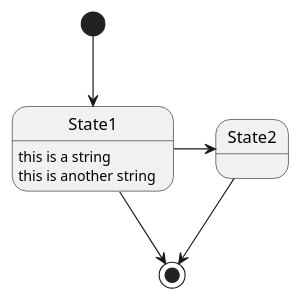
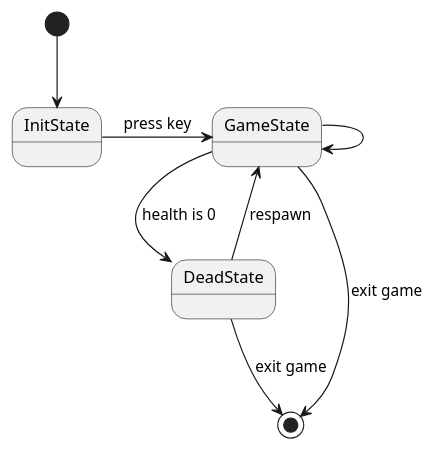
Before and after one commit to asrob-uc3m/robotDevastation-developer-manual: the diagram in en/game-fsm.md, drawn with PlantUML.

Commit message:
Updates en/game-fsm.md
Auto commit by GitBook Editor

```diff
--- a/en/game-fsm.md
+++ b/en/game-fsm.md
@@ -5,11 +5,11 @@
 {% plantuml %}
 
-[*] --> State1
-State1 --> [*]
-State1 : this is a string
-State1 : this is another string
-
-State1 -> State2
-State2 --> [*]
+[*] --> InitState
+InitState -> GameState : press key
+GameState --> GameState
+GameState --> DeadState : health is 0
+GameState --> [*] : exit game
+DeadState --> GameState :  respawn
+DeadState --> [*] : exit game
 
 {% endplantuml %}
```
